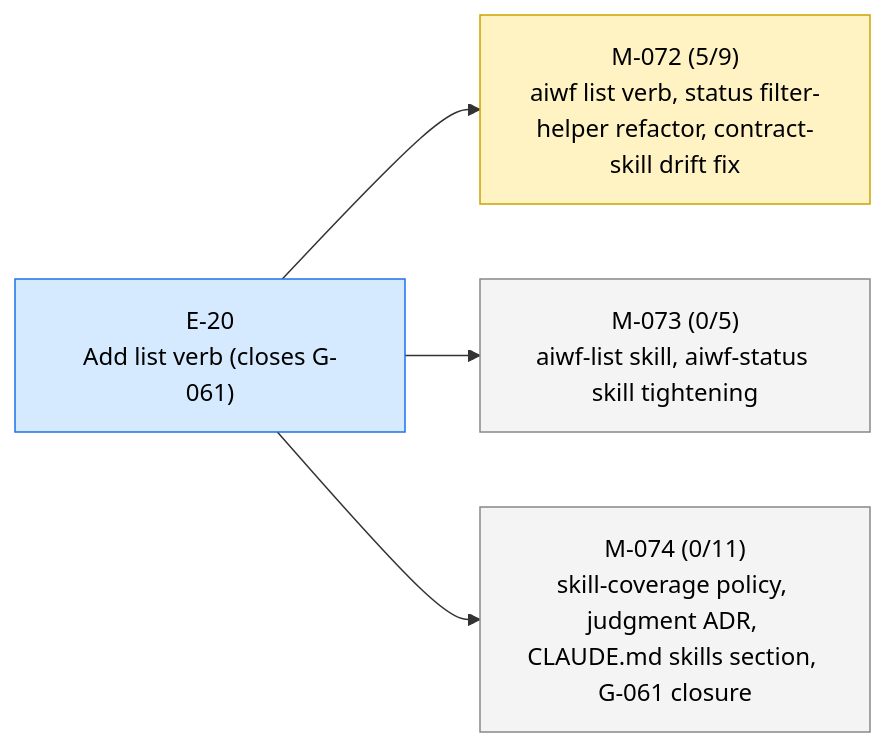
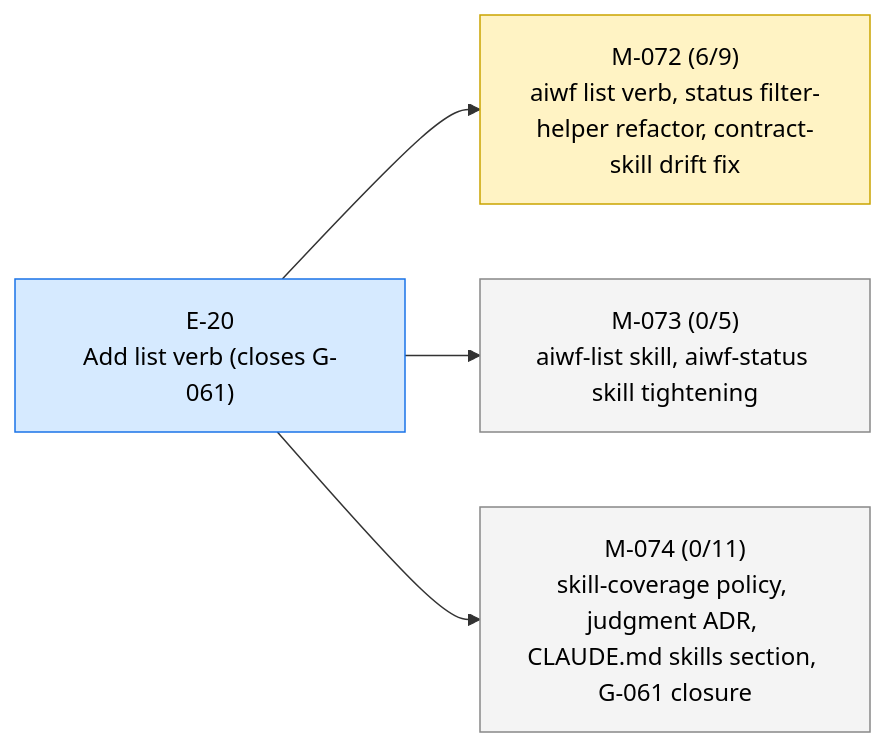
One commit to 23min/aiwf changed the first of 2 diagrams in STATUS.md. Above: the diagram before and after it, drawn with Mermaid. The commit also changed other lines of this file and 1 other file, not shown here.

First line of the commit message:
aiwf promote M-072/AC-5 open -> met

````diff
--- a/STATUS.md
+++ b/STATUS.md
@@ -13,16 +13,16 @@
 ```mermaid
 flowchart LR
   E_20["E-20<br/>Add list verb (closes G-061)"]:::epic_active
-  M_072["M-072 (5/9)<br/>aiwf list verb, status filter-helper refactor, contract-skill drift fix"]:::ms_in_progress
+  M_072["M-072 (6/9)<br/>aiwf list verb, status filter-helper refactor, contract-skill drift fix"]:::ms_in_progress
   E_20 --> M_072
   M_073["M-073 (0/5)<br/>aiwf-list skill, aiwf-status skill tightening"]:::ms_draft
   E_20 --> M_073
   M_074["M-074 (0/11)<br/>skill-coverage policy, judgment ADR, CLAUDE.md skills section, G-061 closure"]:::ms_draft
   E_20 --> M_074
   classDef epic_active fill:#d6eaff,stroke:#1a73e8,color:#000
   classDef epic_proposed fill:#f4f4f4,stroke:#888,color:#000
   classDef ms_done fill:#d8f5d8,stroke:#2a8a2a,color:#000
   classDef ms_in_progress fill:#fff3c4,stroke:#caa400,color:#000
   classDef ms_draft fill:#f4f4f4,stroke:#888,color:#000
   classDef ms_cancelled fill:#fbeaea,stroke:#c33,color:#000
 ```
````
